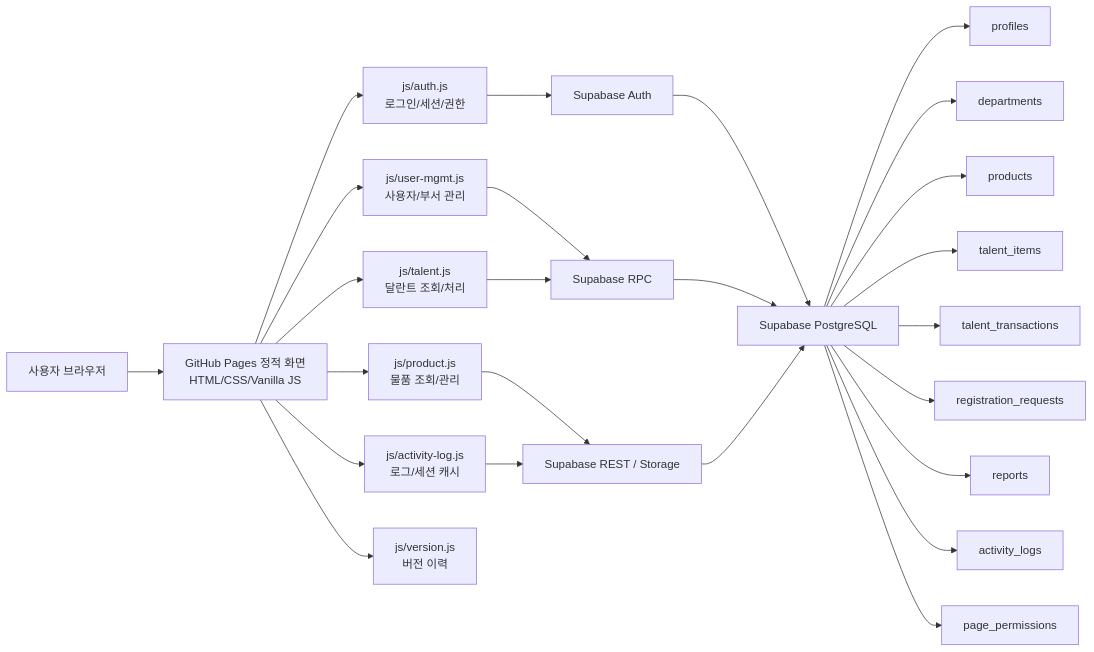
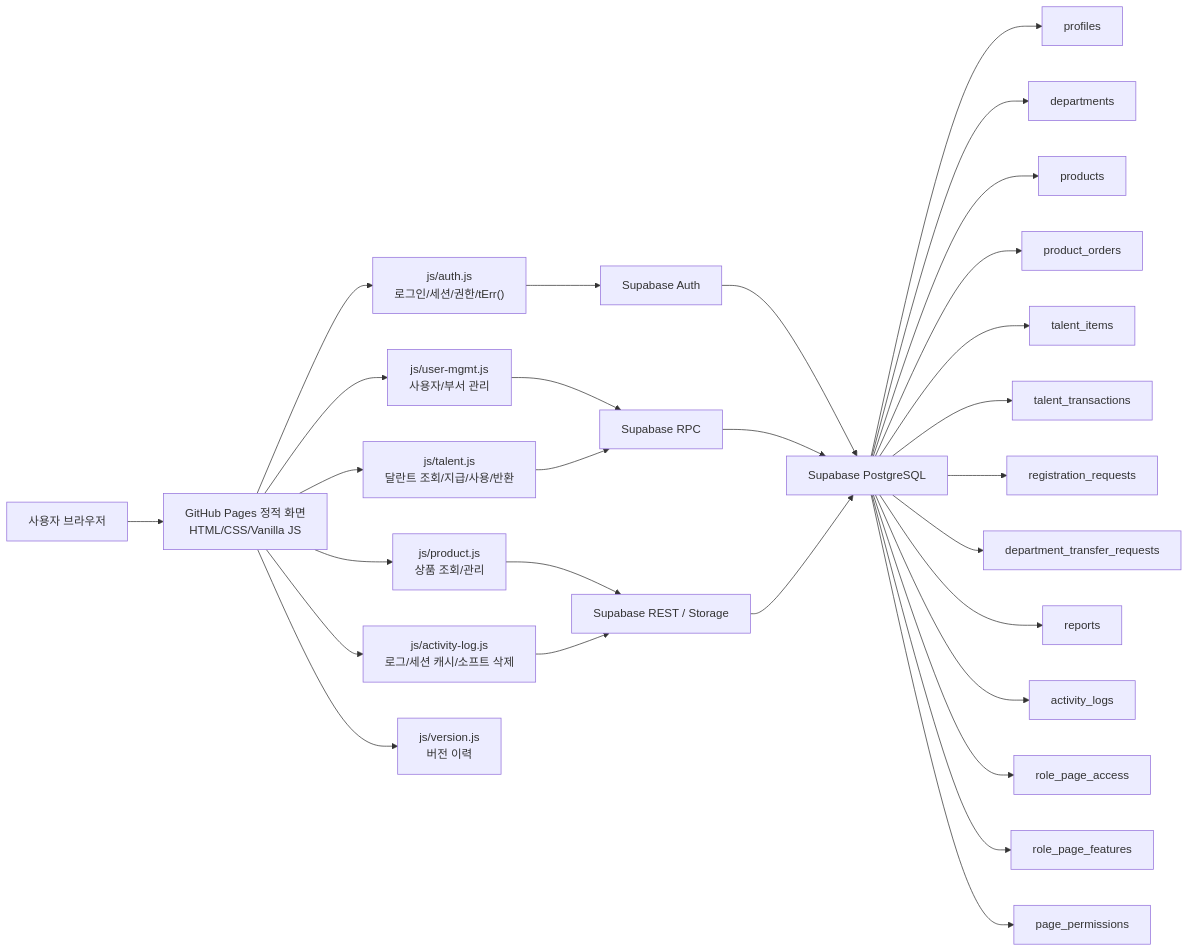
One commit to CHO-Talents/CHO-Talents changed the first of 11 diagrams in docs/PROJECT_ARCHITECTURE_FLOW.md. Above: the diagram before and after it, drawn with Mermaid. The commit also changed other lines of this file and 2 other files, not shown here.

````diff
--- a/docs/PROJECT_ARCHITECTURE_FLOW.md
+++ b/docs/PROJECT_ARCHITECTURE_FLOW.md
@@ -22,31 +24,35 @@
 ```mermaid
 flowchart LR
   User["사용자 브라우저"] --> Pages["GitHub Pages 정적 화면<br/>HTML/CSS/Vanilla JS"]
 
-  Pages --> AuthJS["js/auth.js<br/>로그인/세션/권한"]
-  Pages --> LogJS["js/activity-log.js<br/>로그/세션 캐시"]
+  Pages --> AuthJS["js/auth.js<br/>로그인/세션/권한/tErr()"]
+  Pages --> LogJS["js/activity-log.js<br/>로그/세션 캐시/소프트 삭제"]
   Pages --> UserMgmt["js/user-mgmt.js<br/>사용자/부서 관리"]
-  Pages --> TalentJS["js/talent.js<br/>달란트 조회/처리"]
-  Pages --> ProductJS["js/product.js<br/>물품 조회/관리"]
+  Pages --> TalentJS["js/talent.js<br/>달란트 조회/지급/사용/반환"]
+  Pages --> ProductJS["js/product.js<br/>상품 조회/관리"]
   Pages --> VersionJS["js/version.js<br/>버전 이력"]
 
   AuthJS --> Auth["Supabase Auth"]
   UserMgmt --> RPC["Supabase RPC"]
   TalentJS --> RPC
   ProductJS --> Rest["Supabase REST / Storage"]
   LogJS --> Rest
 
   Auth --> DB["Supabase PostgreSQL"]
   RPC --> DB
   Rest --> DB
 
   DB --> Profiles["profiles"]
   DB --> Departments["departments"]
   DB --> Products["products"]
+  DB --> Orders["product_orders"]
   DB --> Items["talent_items"]
   DB --> Transactions["talent_transactions"]
   DB --> Requests["registration_requests"]
+  DB --> Transfers["department_transfer_requests"]
   DB --> Reports["reports"]
   DB --> Logs["activity_logs"]
+  DB --> RoleAccess["role_page_access"]
+  DB --> RoleFeatures["role_page_features"]
   DB --> PagePerms["page_permissions"]
 ```
````
